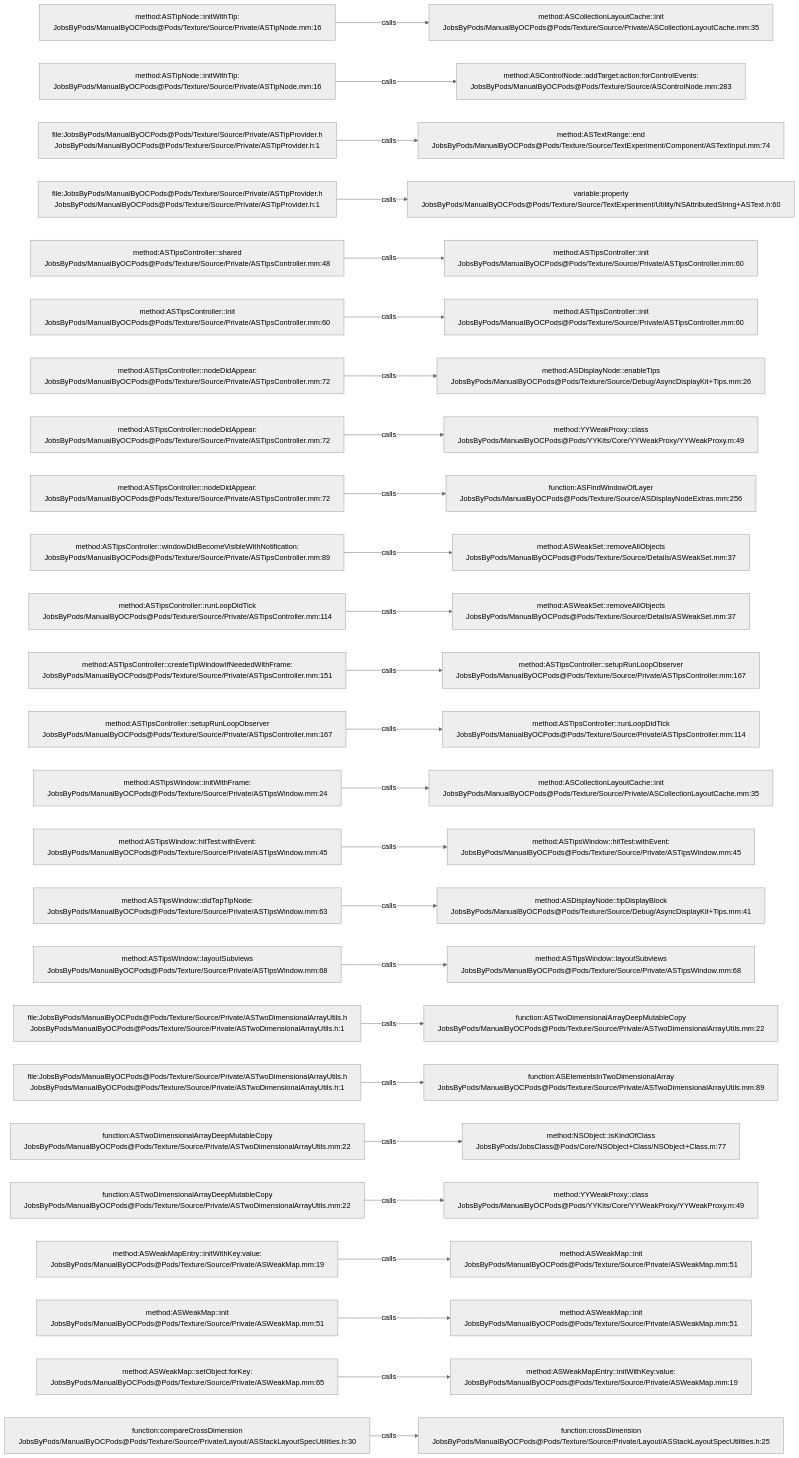
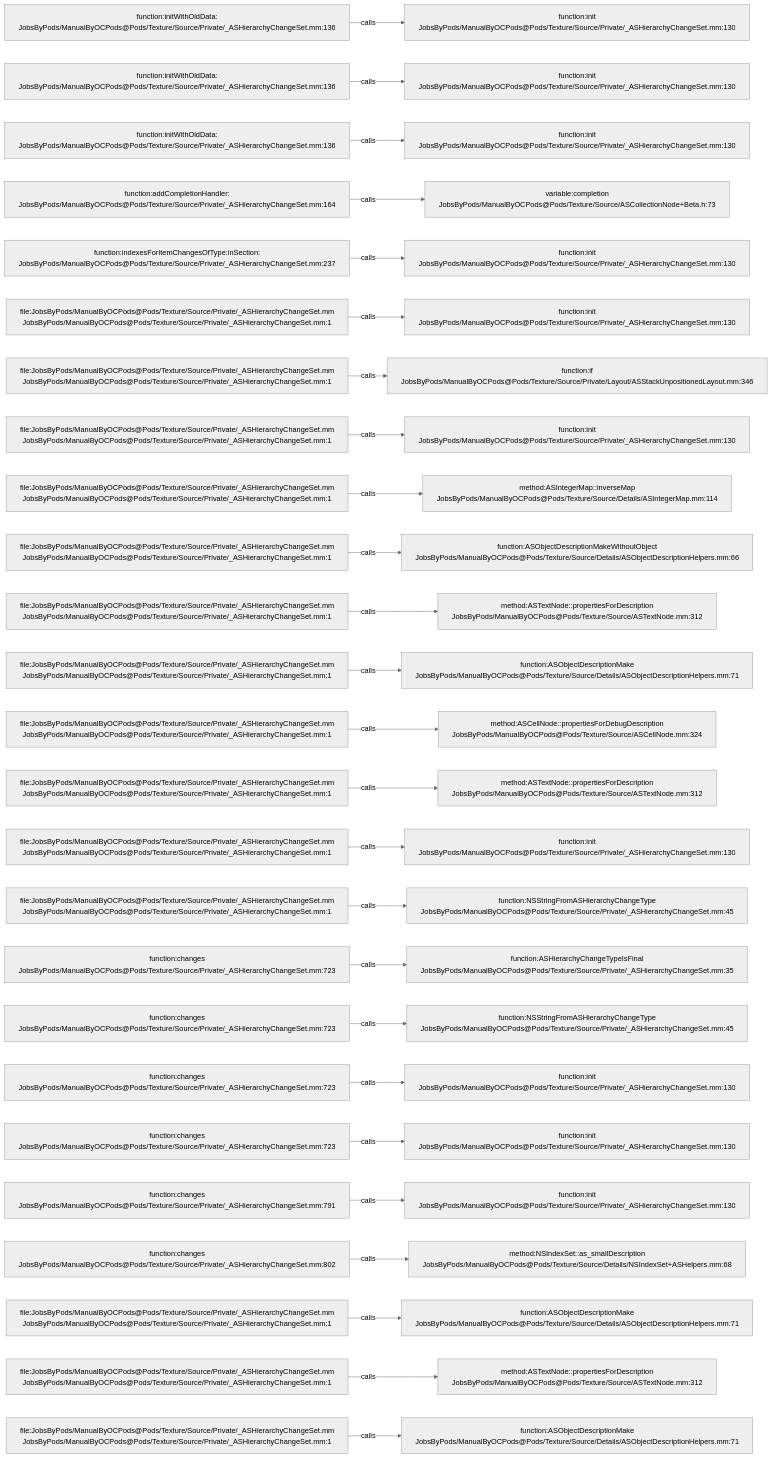
One commit to JobsKits/JobsOCBaseConfigDemo changed the diagram in .codegraph/codegraph.md/graphs/calls-190.md. Above: the diagram before and after it, drawn with Mermaid (neutral theme). The commit also changed 1448 other files, not shown here.

````diff
--- a/.codegraph/codegraph.md/graphs/calls-190.md
+++ b/.codegraph/codegraph.md/graphs/calls-190.md
@@ -13,78 +13,78 @@
 ```mermaid
 flowchart LR
-  S1["method:ASTipNode::initWithTip:<br/>JobsByPods/ManualByOCPods@Pods/Texture/Source/Private/ASTipNode.mm:16"]
-  T1["method:ASCollectionLayoutCache::init<br/>JobsByPods/ManualByOCPods@Pods/Texture/Source/Private/ASCollectionLayoutCache.mm:35"]
+  S1["function:initWithOldData:<br/>JobsByPods/ManualByOCPods@Pods/Texture/Source/Private/_ASHierarchyChangeSet.mm:136"]
+  T1["function:init<br/>JobsByPods/ManualByOCPods@Pods/Texture/Source/Private/_ASHierarchyChangeSet.mm:130"]
   S1 -->|calls| T1
-  S2["method:ASTipNode::initWithTip:<br/>JobsByPods/ManualByOCPods@Pods/Texture/Source/Private/ASTipNode.mm:16"]
-  T2["method:ASControlNode::addTarget:action:forControlEvents:<br/>JobsByPods/ManualByOCPods@Pods/Texture/Source/ASControlNode.mm:283"]
+  S2["function:initWithOldData:<br/>JobsByPods/ManualByOCPods@Pods/Texture/Source/Private/_ASHierarchyChangeSet.mm:136"]
+  T2["function:init<br/>JobsByPods/ManualByOCPods@Pods/Texture/Source/Private/_ASHierarchyChangeSet.mm:130"]
   S2 -->|calls| T2
-  S3["file:JobsByPods/ManualByOCPods@Pods/Texture/Source/Private/ASTipProvider.h<br/>JobsByPods/ManualByOCPods@Pods/Texture/Source/Private/ASTipProvider.h:1"]
-  T3["method:ASTextRange::end<br/>JobsByPods/ManualByOCPods@Pods/Texture/Source/TextExperiment/Component/ASTextInput.mm:74"]
+  S3["function:initWithOldData:<br/>JobsByPods/ManualByOCPods@Pods/Texture/Source/Private/_ASHierarchyChangeSet.mm:136"]
+  T3["function:init<br/>JobsByPods/ManualByOCPods@Pods/Texture/Source/Private/_ASHierarchyChangeSet.mm:130"]
   S3 -->|calls| T3
-  S4["file:JobsByPods/ManualByOCPods@Pods/Texture/Source/Private/ASTipProvider.h<br/>JobsByPods/ManualByOCPods@Pods/Texture/Source/Private/ASTipProvider.h:1"]
-  T4["variable:property<br/>JobsByPods/ManualByOCPods@Pods/Texture/Source/TextExperiment/Utility/NSAttributedString+ASText.h:60"]
+  S4["function:addCompletionHandler:<br/>JobsByPods/ManualByOCPods@Pods/Texture/Source/Private/_ASHierarchyChangeSet.mm:164"]
+  T4["variable:completion<br/>JobsByPods/ManualByOCPods@Pods/Texture/Source/ASCollectionNode+Beta.h:73"]
   S4 -->|calls| T4
-  S5["method:ASTipsController::shared<br/>JobsByPods/ManualByOCPods@Pods/Texture/Source/Private/ASTipsController.mm:48"]
-  T5["method:ASTipsController::init<br/>JobsByPods/ManualByOCPods@Pods/Texture/Source/Private/ASTipsController.mm:60"]
+  S5["function:indexesForItemChangesOfType:inSection:<br/>JobsByPods/ManualByOCPods@Pods/Texture/Source/Private/_ASHierarchyChangeSet.mm:237"]
+  T5["function:init<br/>JobsByPods/ManualByOCPods@Pods/Texture/Source/Private/_ASHierarchyChangeSet.mm:130"]
   S5 -->|calls| T5
-  S6["method:ASTipsController::init<br/>JobsByPods/ManualByOCPods@Pods/Texture/Source/Private/ASTipsController.mm:60"]
-  T6["method:ASTipsController::init<br/>JobsByPods/ManualByOCPods@Pods/Texture/Source/Private/ASTipsController.mm:60"]
+  S6["file:JobsByPods/ManualByOCPods@Pods/Texture/Source/Private/_ASHierarchyChangeSet.mm<br/>JobsByPods/ManualByOCPods@Pods/Texture/Source/Private/_ASHierarchyChangeSet.mm:1"]
+  T6["function:init<br/>JobsByPods/ManualByOCPods@Pods/Texture/Source/Private/_ASHierarchyChangeSet.mm:130"]
   S6 -->|calls| T6
-  S7["method:ASTipsController::nodeDidAppear:<br/>JobsByPods/ManualByOCPods@Pods/Texture/Source/Private/ASTipsController.mm:72"]
-  T7["method:ASDisplayNode::enableTips<br/>JobsByPods/ManualByOCPods@Pods/Texture/Source/Debug/AsyncDisplayKit+Tips.mm:26"]
+  S7["file:JobsByPods/ManualByOCPods@Pods/Texture/Source/Private/_ASHierarchyChangeSet.mm<br/>JobsByPods/ManualByOCPods@Pods/Texture/Source/Private/_ASHierarchyChangeSet.mm:1"]
+  T7["function:if<br/>JobsByPods/ManualByOCPods@Pods/Texture/Source/Private/Layout/ASStackUnpositionedLayout.mm:346"]
   S7 -->|calls| T7
-  S8["method:ASTipsController::nodeDidAppear:<br/>JobsByPods/ManualByOCPods@Pods/Texture/Source/Private/ASTipsController.mm:72"]
-  T8["method:YYWeakProxy::class<br/>JobsByPods/ManualByOCPods@Pods/YYKits/Core/YYWeakProxy/YYWeakProxy.m:49"]
+  S8["file:JobsByPods/ManualByOCPods@Pods/Texture/Source/Private/_ASHierarchyChangeSet.mm<br/>JobsByPods/ManualByOCPods@Pods/Texture/Source/Private/_ASHierarchyChangeSet.mm:1"]
+  T8["function:init<br/>JobsByPods/ManualByOCPods@Pods/Texture/Source/Private/_ASHierarchyChangeSet.mm:130"]
   S8 -->|calls| T8
-  S9["method:ASTipsController::nodeDidAppear:<br/>JobsByPods/ManualByOCPods@Pods/Texture/Source/Private/ASTipsController.mm:72"]
-  T9["function:ASFindWindowOfLayer<br/>JobsByPods/ManualByOCPods@Pods/Texture/Source/ASDisplayNodeExtras.mm:256"]
+  S9["file:JobsByPods/ManualByOCPods@Pods/Texture/Source/Private/_ASHierarchyChangeSet.mm<br/>JobsByPods/ManualByOCPods@Pods/Texture/Source/Private/_ASHierarchyChangeSet.mm:1"]
+  T9["method:ASIntegerMap::inverseMap<br/>JobsByPods/ManualByOCPods@Pods/Texture/Source/Details/ASIntegerMap.mm:114"]
   S9 -->|calls| T9
-  S10["method:ASTipsController::windowDidBecomeVisibleWithNotification:<br/>JobsByPods/ManualByOCPods@Pods/Texture/Source/Private/ASTipsController.mm:89"]
-  T10["method:ASWeakSet::removeAllObjects<br/>JobsByPods/ManualByOCPods@Pods/Texture/Source/Details/ASWeakSet.mm:37"]
+  S10["file:JobsByPods/ManualByOCPods@Pods/Texture/Source/Private/_ASHierarchyChangeSet.mm<br/>JobsByPods/ManualByOCPods@Pods/Texture/Source/Private/_ASHierarchyChangeSet.mm:1"]
+  T10["function:ASObjectDescriptionMakeWithoutObject<br/>JobsByPods/ManualByOCPods@Pods/Texture/Source/Details/ASObjectDescriptionHelpers.mm:66"]
   S10 -->|calls| T10
-  S11["method:ASTipsController::runLoopDidTick<br/>JobsByPods/ManualByOCPods@Pods/Texture/Source/Private/ASTipsController.mm:114"]
-  T11["method:ASWeakSet::removeAllObjects<br/>JobsByPods/ManualByOCPods@Pods/Texture/Source/Details/ASWeakSet.mm:37"]
+  S11["file:JobsByPods/ManualByOCPods@Pods/Texture/Source/Private/_ASHierarchyChangeSet.mm<br/>JobsByPods/ManualByOCPods@Pods/Texture/Source/Private/_ASHierarchyChangeSet.mm:1"]
+  T11["method:ASTextNode::propertiesForDescription<br/>JobsByPods/ManualByOCPods@Pods/Texture/Source/ASTextNode.mm:312"]
   S11 -->|calls| T11
-  S12["method:ASTipsController::createTipWindowIfNeededWithFrame:<br/>JobsByPods/ManualByOCPods@Pods/Texture/Source/Private/ASTipsController.mm:151"]
-  T12["method:ASTipsController::setupRunLoopObserver<br/>JobsByPods/ManualByOCPods@Pods/Texture/Source/Private/ASTipsController.mm:167"]
+  S12["file:JobsByPods/ManualByOCPods@Pods/Texture/Source/Private/_ASHierarchyChangeSet.mm<br/>JobsByPods/ManualByOCPods@Pods/Texture/Source/Private/_ASHierarchyChangeSet.mm:1"]
+  T12["function:ASObjectDescriptionMake<br/>JobsByPods/ManualByOCPods@Pods/Texture/Source/Details/ASObjectDescriptionHelpers.mm:71"]
   S12 -->|calls| T12
-  S13["method:ASTipsController::setupRunLoopObserver<br/>JobsByPods/ManualByOCPods@Pods/Texture/Source/Private/ASTipsController.mm:167"]
-  T13["method:ASTipsController::runLoopDidTick<br/>JobsByPods/ManualByOCPods@Pods/Texture/Source/Private/ASTipsController.mm:114"]
+  S13["file:JobsByPods/ManualByOCPods@Pods/Texture/Source/Private/_ASHierarchyChangeSet.mm<br/>JobsByPods/ManualByOCPods@Pods/Texture/Source/Private/_ASHierarchyChangeSet.mm:1"]
+  T13["method:ASCellNode::propertiesForDebugDescription<br/>JobsByPods/ManualByOCPods@Pods/Texture/Source/ASCellNode.mm:324"]
   S13 -->|calls| T13
-  S14["method:ASTipsWindow::initWithFrame:<br/>JobsByPods/ManualByOCPods@Pods/Texture/Source/Private/ASTipsWindow.mm:24"]
-  T14["method:ASCollectionLayoutCache::init<br/>JobsByPods/ManualByOCPods@Pods/Texture/Source/Private/ASCollectionLayoutCache.mm:35"]
+  S14["file:JobsByPods/ManualByOCPods@Pods/Texture/Source/Private/_ASHierarchyChangeSet.mm<br/>JobsByPods/ManualByOCPods@Pods/Texture/Source/Private/_ASHierarchyChangeSet.mm:1"]
+  T14["method:ASTextNode::propertiesForDescription<br/>JobsByPods/ManualByOCPods@Pods/Texture/Source/ASTextNode.mm:312"]
   S14 -->|calls| T14
-  S15["method:ASTipsWindow::hitTest:withEvent:<br/>JobsByPods/ManualByOCPods@Pods/Texture/Source/Private/ASTipsWindow.mm:45"]
-  T15["method:ASTipsWindow::hitTest:withEvent:<br/>JobsByPods/ManualByOCPods@Pods/Texture/Source/Private/ASTipsWindow.mm:45"]
+  S15["file:JobsByPods/ManualByOCPods@Pods/Texture/Source/Private/_ASHierarchyChangeSet.mm<br/>JobsByPods/ManualByOCPods@Pods/Texture/Source/Private/_ASHierarchyChangeSet.mm:1"]
+  T15["function:init<br/>JobsByPods/ManualByOCPods@Pods/Texture/Source/Private/_ASHierarchyChangeSet.mm:130"]
   S15 -->|calls| T15
-  S16["method:ASTipsWindow::didTapTipNode:<br/>JobsByPods/ManualByOCPods@Pods/Texture/Source/Private/ASTipsWindow.mm:63"]
-  T16["method:ASDisplayNode::tipDisplayBlock<br/>JobsByPods/ManualByOCPods@Pods/Texture/Source/Debug/AsyncDisplayKit+Tips.mm:41"]
+  S16["file:JobsByPods/ManualByOCPods@Pods/Texture/Source/Private/_ASHierarchyChangeSet.mm<br/>JobsByPods/ManualByOCPods@Pods/Texture/Source/Private/_ASHierarchyChangeSet.mm:1"]
+  T16["function:NSStringFromASHierarchyChangeType<br/>JobsByPods/ManualByOCPods@Pods/Texture/Source/Private/_ASHierarchyChangeSet.mm:45"]
   S16 -->|calls| T16
-  S17["method:ASTipsWindow::layoutSubviews<br/>JobsByPods/ManualByOCPods@Pods/Texture/Source/Private/ASTipsWindow.mm:68"]
-  T17["method:ASTipsWindow::layoutSubviews<br/>JobsByPods/ManualByOCPods@Pods/Texture/Source/Private/ASTipsWindow.mm:68"]
+  S17["function:changes<br/>JobsByPods/ManualByOCPods@Pods/Texture/Source/Private/_ASHierarchyChangeSet.mm:723"]
+  T17["function:ASHierarchyChangeTypeIsFinal<br/>JobsByPods/ManualByOCPods@Pods/Texture/Source/Private/_ASHierarchyChangeSet.mm:35"]
   S17 -->|calls| T17
-  S18["file:JobsByPods/ManualByOCPods@Pods/Texture/Source/Private/ASTwoDimensionalArrayUtils.h<br/>JobsByPods/ManualByOCPods@Pods/Texture/Source/Private/ASTwoDimensionalArrayUtils.h:1"]
-  T18["function:ASTwoDimensionalArrayDeepMutableCopy<br/>JobsByPods/ManualByOCPods@Pods/Texture/Source/Private/ASTwoDimensionalArrayUtils.mm:22"]
+  S18["function:changes<br/>JobsByPods/ManualByOCPods@Pods/Texture/Source/Private/_ASHierarchyChangeSet.mm:723"]
+  T18["function:NSStringFromASHierarchyChangeType<br/>JobsByPods/ManualByOCPods@Pods/Texture/Source/Private/_ASHierarchyChangeSet.mm:45"]
   S18 -->|calls| T18
-  S19["file:JobsByPods/ManualByOCPods@Pods/Texture/Source/Private/ASTwoDimensionalArrayUtils.h<br/>JobsByPods/ManualByOCPods@Pods/Texture/Source/Private/ASTwoDimensionalArrayUtils.h:1"]
-  T19["function:ASElementsInTwoDimensionalArray<br/>JobsByPods/ManualByOCPods@Pods/Texture/Source/Private/ASTwoDimensionalArrayUtils.mm:89"]
+  S19["function:changes<br/>JobsByPods/ManualByOCPods@Pods/Texture/Source/Private/_ASHierarchyChangeSet.mm:723"]
+  T19["function:init<br/>JobsByPods/ManualByOCPods@Pods/Texture/Source/Private/_ASHierarchyChangeSet.mm:130"]
   S19 -->|calls| T19
-  S20["function:ASTwoDimensionalArrayDeepMutableCopy<br/>JobsByPods/ManualByOCPods@Pods/Texture/Source/Private/ASTwoDimensionalArrayUtils.mm:22"]
-  T20["method:NSObject::isKindOfClass<br/>JobsByPods/JobsClass@Pods/Core/NSObject+Class/NSObject+Class.m:77"]
+  S20["function:changes<br/>JobsByPods/ManualByOCPods@Pods/Texture/Source/Private/_ASHierarchyChangeSet.mm:723"]
+  T20["function:init<br/>JobsByPods/ManualByOCPods@Pods/Texture/Source/Private/_ASHierarchyChangeSet.mm:130"]
   S20 -->|calls| T20
-  S21["function:ASTwoDimensionalArrayDeepMutableCopy<br/>JobsByPods/ManualByOCPods@Pods/Texture/Source/Private/ASTwoDimensionalArrayUtils.mm:22"]
-  T21["method:YYWeakProxy::class<br/>JobsByPods/ManualByOCPods@Pods/YYKits/Core/YYWeakProxy/YYWeakProxy.m:49"]
+  S21["function:changes<br/>JobsByPods/ManualByOCPods@Pods/Texture/Source/Private/_ASHierarchyChangeSet.mm:791"]
+  T21["function:init<br/>JobsByPods/ManualByOCPods@Pods/Texture/Source/Private/_ASHierarchyChangeSet.mm:130"]
   S21 -->|calls| T21
-  S22["method:ASWeakMapEntry::initWithKey:value:<br/>JobsByPods/ManualByOCPods@Pods/Texture/Source/Private/ASWeakMap.mm:19"]
-  T22["method:ASWeakMap::init<br/>JobsByPods/ManualByOCPods@Pods/Texture/Source/Private/ASWeakMap.mm:51"]
+  S22["function:changes<br/>JobsByPods/ManualByOCPods@Pods/Texture/Source/Private/_ASHierarchyChangeSet.mm:802"]
+  T22["method:NSIndexSet::as_smallDescription<br/>JobsByPods/ManualByOCPods@Pods/Texture/Source/Details/NSIndexSet+ASHelpers.mm:68"]
   S22 -->|calls| T22
-  S23["method:ASWeakMap::init<br/>JobsByPods/ManualByOCPods@Pods/Texture/Source/Private/ASWeakMap.mm:51"]
-  T23["method:ASWeakMap::init<br/>JobsByPods/ManualByOCPods@Pods/Texture/Source/Private/ASWeakMap.mm:51"]
+  S23["file:JobsByPods/ManualByOCPods@Pods/Texture/Source/Private/_ASHierarchyChangeSet.mm<br/>JobsByPods/ManualByOCPods@Pods/Texture/Source/Private/_ASHierarchyChangeSet.mm:1"]
+  T23["function:ASObjectDescriptionMake<br/>JobsByPods/ManualByOCPods@Pods/Texture/Source/Details/ASObjectDescriptionHelpers.mm:71"]
   S23 -->|calls| T23
-  S24["method:ASWeakMap::setObject:forKey:<br/>JobsByPods/ManualByOCPods@Pods/Texture/Source/Private/ASWeakMap.mm:65"]
-  T24["method:ASWeakMapEntry::initWithKey:value:<br/>JobsByPods/ManualByOCPods@Pods/Texture/Source/Private/ASWeakMap.mm:19"]
+  S24["file:JobsByPods/ManualByOCPods@Pods/Texture/Source/Private/_ASHierarchyChangeSet.mm<br/>JobsByPods/ManualByOCPods@Pods/Texture/Source/Private/_ASHierarchyChangeSet.mm:1"]
+  T24["method:ASTextNode::propertiesForDescription<br/>JobsByPods/ManualByOCPods@Pods/Texture/Source/ASTextNode.mm:312"]
   S24 -->|calls| T24
-  S25["function:compareCrossDimension<br/>JobsByPods/ManualByOCPods@Pods/Texture/Source/Private/Layout/ASStackLayoutSpecUtilities.h:30"]
-  T25["function:crossDimension<br/>JobsByPods/ManualByOCPods@Pods/Texture/Source/Private/Layout/ASStackLayoutSpecUtilities.h:25"]
+  S25["file:JobsByPods/ManualByOCPods@Pods/Texture/Source/Private/_ASHierarchyChangeSet.mm<br/>JobsByPods/ManualByOCPods@Pods/Texture/Source/Private/_ASHierarchyChangeSet.mm:1"]
+  T25["function:ASObjectDescriptionMake<br/>JobsByPods/ManualByOCPods@Pods/Texture/Source/Details/ASObjectDescriptionHelpers.mm:71"]
   S25 -->|calls| T25
 ```
````
